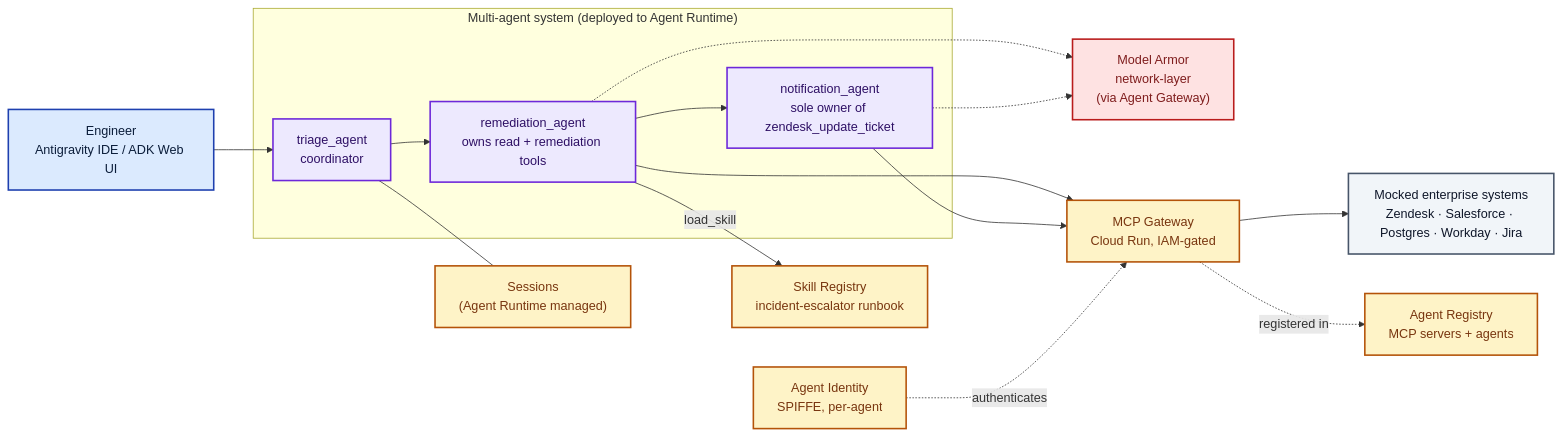
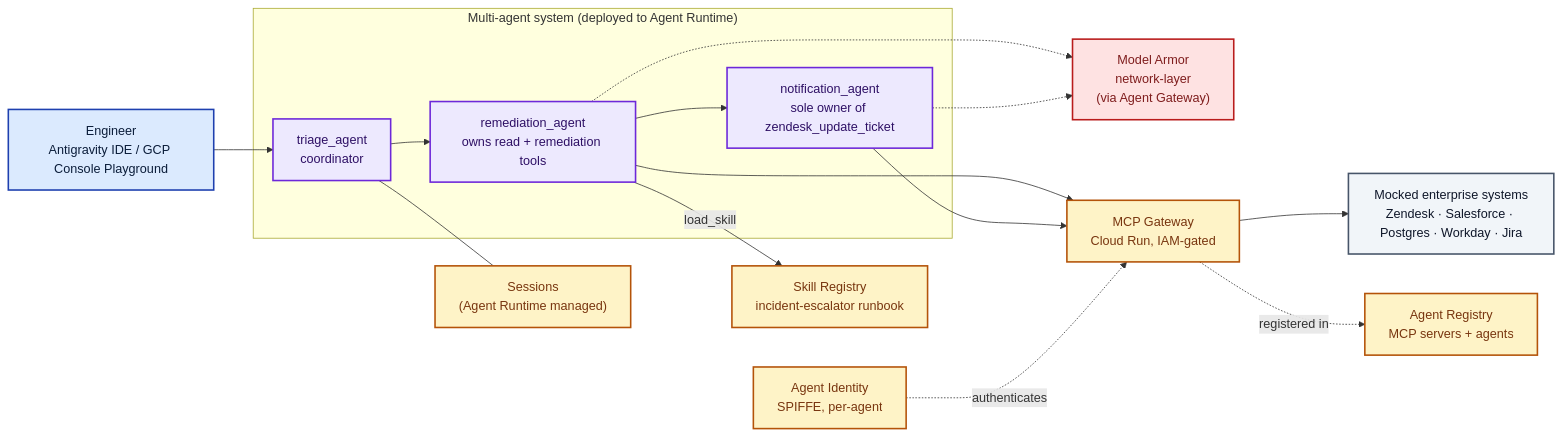
The diagram in README.md (aiarchitect2406/incidentanalysisagent), drawn with Mermaid before and after one commit. The commit also changed other lines of this file and 5 other files, not shown here.

Commit message:
Completely remove local ADK Web UI / lab-web references across README, USER_GUIDE, workshop deck, Makefile, and scripts

````diff
--- a/README.md
+++ b/README.md
@@ -52,38 +52,38 @@
 ```mermaid
 flowchart LR
   classDef user  fill:#dbeafe,stroke:#1e40af,color:#0b1d3a,stroke-width:2px
   classDef agent fill:#ede9fe,stroke:#6d28d9,color:#2e1065,stroke-width:2px
   classDef geap  fill:#fef3c7,stroke:#b45309,color:#78350f,stroke-width:2px
   classDef sec   fill:#fee2e2,stroke:#b91c1c,color:#7f1d1d,stroke-width:2px
   classDef ext   fill:#f1f5f9,stroke:#475569,color:#0f172a,stroke-width:2px
 
-  DEV["Engineer<br/>Antigravity IDE / ADK Web UI"]:::user
+  DEV["Engineer<br/>Antigravity IDE / GCP Console Playground"]:::user
 
   subgraph AGENTS["Multi-agent system (deployed to Agent Runtime)"]
     T["triage_agent<br/>coordinator"]:::agent
     R["remediation_agent<br/>owns read + remediation tools"]:::agent
     N["notification_agent<br/>sole owner of zendesk_update_ticket"]:::agent
   end
 
   SKILL["Skill Registry<br/>incident-escalator runbook"]:::geap
   SESS["Sessions<br/>(Agent Runtime managed)"]:::geap
   ID["Agent Identity<br/>SPIFFE, per-agent"]:::geap
   AR["Agent Registry<br/>MCP servers + agents"]:::geap
 
   MA["Model Armor<br/>network-layer<br/>(via Agent Gateway)"]:::sec
   MCP["MCP Gateway<br/>Cloud Run, IAM-gated"]:::geap
   BACKENDS["Mocked enterprise systems<br/>Zendesk · Salesforce · Postgres · Workday · Jira"]:::ext
 
   DEV --> T
   T --> R
   R --> N
   T --- SESS
   R -- "load_skill" --> SKILL
   R -.-> MA
   N -.-> MA
   R --> MCP
   N --> MCP
   ID -. "authenticates" .-> MCP
   MCP --> BACKENDS
   MCP -. "registered in" .-> AR
 ```
````
